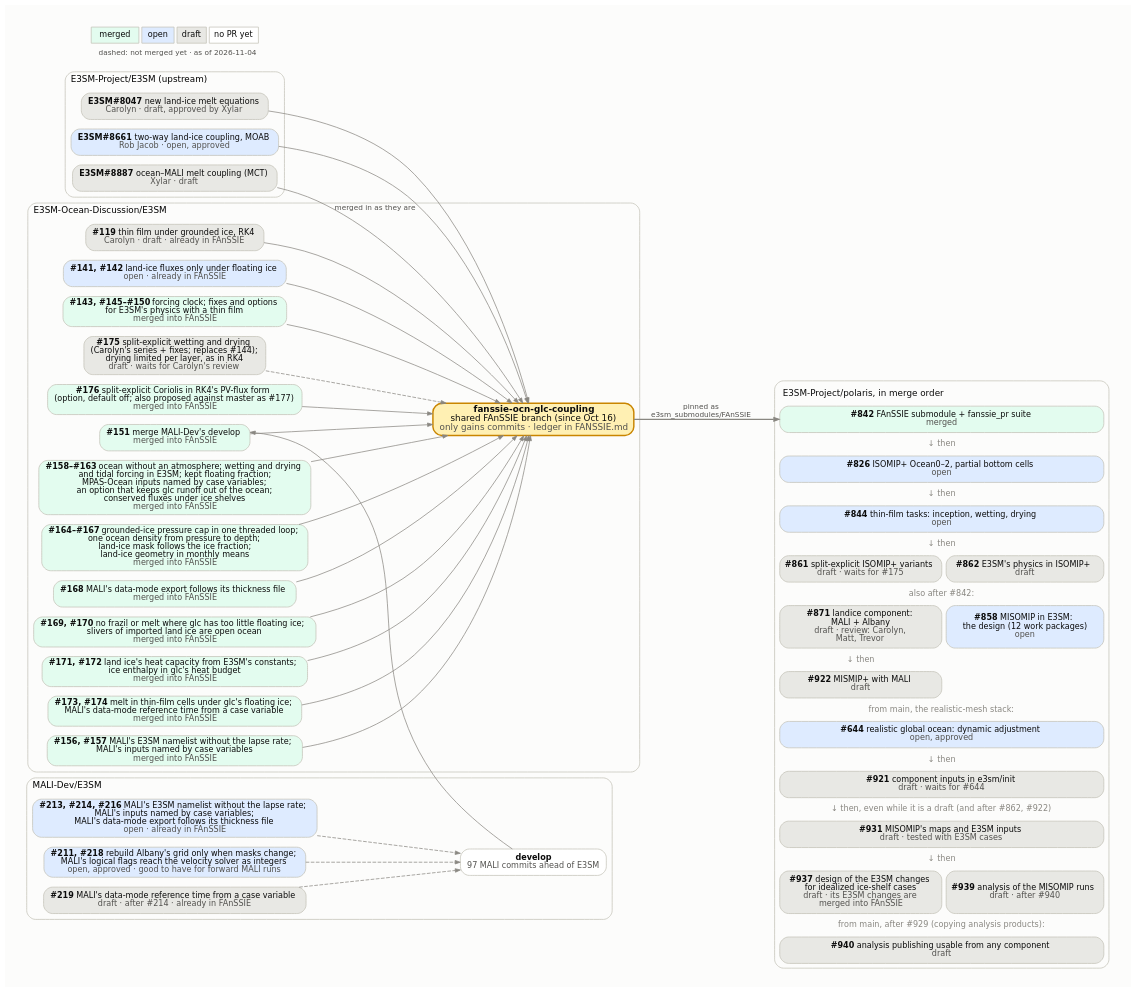
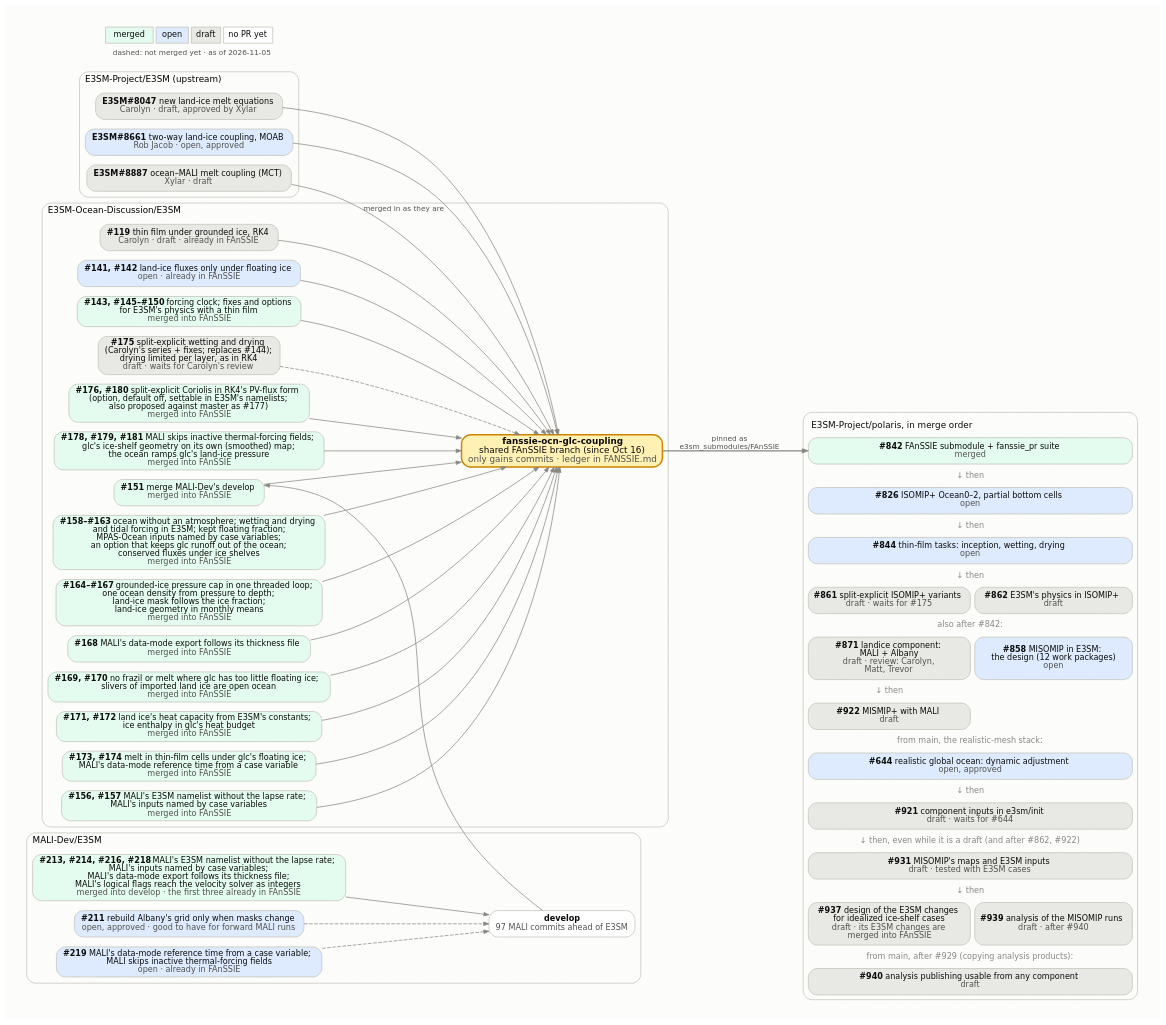
The diagram in docs/design_docs/misomip/code_flow.dot (E3SM-Project/polaris), drawn with Graphviz before and after one commit. The commit also changed 3 other files, not shown here.

```diff
--- a/docs/design_docs/misomip/code_flow.dot
+++ b/docs/design_docs/misomip/code_flow.dot
@@ -1,119 +1,121 @@
 // How the upstream E3SM PRs, the E3SM-Ocean-Discussion PRs, the
 // fanssie-ocn-glc-coupling branch and the Polaris PRs fit together.
 //
 // Regenerate with Graphviz 14 (Chrysalis's /usr/bin/dot 2.40 lays it out
 // wider), with the text drawn as paths so it looks the same everywhere:
 //
 //     pixi exec -s graphviz dot -Tsvg:cairo code_flow.dot -o code_flow.svg
 //
 // Fill by state: merged #e3fcef, open #deebff, draft #e8e8e4, no PR yet
 // #ffffff. Dashed edges into the FAnSSIE branch mark PRs not merged into it
 // yet. The Polaris side is one HTML-table node, in merge order, because
 // Graphviz would not keep separate boxes in that order. Update the date in
 // the legend.
 digraph fanssie {
   rankdir=LR;
   bgcolor="#fcfcfb";
   pad=0.3;
   nodesep=0.18;
   ranksep=0.7;
   fontname="DejaVu Sans";
   node [shape=box, style="rounded,filled", fontname="DejaVu Sans",
         fontsize=11, color="#c3c2b7", fontcolor="#0b0b0b", penwidth=1,
         margin="0.12,0.06"];
   edge [color="#898781", arrowsize=0.7, fontname="DejaVu Sans",
         fontsize=10, fontcolor="#52514e"];
 
   subgraph cluster_upstream {
     label="E3SM-Project/E3SM (upstream)";
     labeljust=l; fontsize=12; color="#c3c2b7"; style="rounded";
     e8047 [label=<<b>E3SM#8047</b>  new land-ice melt equations<br/><font color="#52514e">Carolyn · draft, approved by Xylar</font>>, fillcolor="#e8e8e4"];
     e8661 [label=<<b>E3SM#8661</b>  two-way land-ice coupling, MOAB<br/><font color="#52514e">Rob Jacob · open, approved</font>>, fillcolor="#deebff"];
     e8887 [label=<<b>E3SM#8887</b>  ocean–MALI melt coupling (MCT)<br/><font color="#52514e">Xylar · draft</font>>, fillcolor="#e8e8e4"];
   }
 
   subgraph cluster_malidev {
     label="MALI-Dev/E3SM";
     labeljust=l; fontsize=12; color="#c3c2b7"; style="rounded";
     malidev [label=<<b>develop</b><br/><font color="#52514e">97 MALI commits ahead of E3SM</font>>, fillcolor="#ffffff"];
-    m213 [label=<<b>#213, #214, #216</b>  MALI's E3SM namelist without the lapse rate;<br/>MALI's inputs named by case variables;<br/>MALI's data-mode export follows its thickness file<br/><font color="#52514e">open · already in FAnSSIE</font>>, fillcolor="#deebff"];
-    m211 [label=<<b>#211, #218</b>  rebuild Albany's grid only when masks change;<br/>MALI's logical flags reach the velocity solver as integers<br/><font color="#52514e">open, approved · good to have for forward MALI runs</font>>, fillcolor="#deebff"];
-    m219 [label=<<b>#219</b>  MALI's data-mode reference time from a case variable<br/><font color="#52514e">draft · after #214 · already in FAnSSIE</font>>, fillcolor="#e8e8e4"];
+    m213 [label=<<b>#213, #214, #216, #218</b>  MALI's E3SM namelist without the lapse rate;<br/>MALI's inputs named by case variables;<br/>MALI's data-mode export follows its thickness file;<br/>MALI's logical flags reach the velocity solver as integers<br/><font color="#52514e">merged into develop · the first three already in FAnSSIE</font>>, fillcolor="#e3fcef"];
+    m211 [label=<<b>#211</b>  rebuild Albany's grid only when masks change<br/><font color="#52514e">open, approved · good to have for forward MALI runs</font>>, fillcolor="#deebff"];
+    m219 [label=<<b>#219</b>  MALI's data-mode reference time from a case variable;<br/>MALI skips inactive thermal-forcing fields<br/><font color="#52514e">open · already in FAnSSIE</font>>, fillcolor="#deebff"];
   }
 
   subgraph cluster_eod {
     label="E3SM-Ocean-Discussion/E3SM";
     labeljust=l; fontsize=12; color="#c3c2b7"; style="rounded";
     d119 [label=<<b>#119</b>  thin film under grounded ice, RK4<br/><font color="#52514e">Carolyn · draft · already in FAnSSIE</font>>, fillcolor="#e8e8e4"];
     d141 [label=<<b>#141, #142</b>  land-ice fluxes only under floating ice<br/><font color="#52514e">open · already in FAnSSIE</font>>, fillcolor="#deebff"];
     d143 [label=<<b>#143, #145–#150</b>  forcing clock; fixes and options<br/>for E3SM's physics with a thin film<br/><font color="#52514e">merged into FAnSSIE</font>>, fillcolor="#e3fcef"];
     d175 [label=<<b>#175</b>  split-explicit wetting and drying<br/>(Carolyn's series + fixes; replaces #144);<br/>drying limited per layer, as in RK4<br/><font color="#52514e">draft · waits for Carolyn's review</font>>, fillcolor="#e8e8e4"];
-    d176 [label=<<b>#176</b>  split-explicit Coriolis in RK4's PV-flux form<br/>(option, default off; also proposed against master as #177)<br/><font color="#52514e">merged into FAnSSIE</font>>, fillcolor="#e3fcef"];
+    d176 [label=<<b>#176, #180</b>  split-explicit Coriolis in RK4's PV-flux form<br/>(option, default off, settable in E3SM's namelists;<br/>also proposed against master as #177)<br/><font color="#52514e">merged into FAnSSIE</font>>, fillcolor="#e3fcef"];
+    d178 [label=<<b>#178, #179, #181</b>  MALI skips inactive thermal-forcing fields;<br/>glc's ice-shelf geometry on its own (smoothed) map;<br/>the ocean ramps glc's land-ice pressure<br/><font color="#52514e">merged into FAnSSIE</font>>, fillcolor="#e3fcef"];
     d151 [label=<<b>#151</b>  merge MALI-Dev's develop<br/><font color="#52514e">merged into FAnSSIE</font>>, fillcolor="#e3fcef"];
     d158 [label=<<b>#158–#163</b>  ocean without an atmosphere; wetting and drying<br/>and tidal forcing in E3SM; kept floating fraction;<br/>MPAS-Ocean inputs named by case variables;<br/>an option that keeps glc runoff out of the ocean;<br/>conserved fluxes under ice shelves<br/><font color="#52514e">merged into FAnSSIE</font>>, fillcolor="#e3fcef"];
     d164 [label=<<b>#164–#167</b>  grounded-ice pressure cap in one threaded loop;<br/>one ocean density from pressure to depth;<br/>land-ice mask follows the ice fraction;<br/>land-ice geometry in monthly means<br/><font color="#52514e">merged into FAnSSIE</font>>, fillcolor="#e3fcef"];
     d168 [label=<<b>#168</b>  MALI's data-mode export follows its thickness file<br/><font color="#52514e">merged into FAnSSIE</font>>, fillcolor="#e3fcef"];
     d169 [label=<<b>#169, #170</b>  no frazil or melt where glc has too little floating ice;<br/>slivers of imported land ice are open ocean<br/><font color="#52514e">merged into FAnSSIE</font>>, fillcolor="#e3fcef"];
     d171 [label=<<b>#171, #172</b>  land ice's heat capacity from E3SM's constants;<br/>ice enthalpy in glc's heat budget<br/><font color="#52514e">merged into FAnSSIE</font>>, fillcolor="#e3fcef"];
     d173 [label=<<b>#173, #174</b>  melt in thin-film cells under glc's floating ice;<br/>MALI's data-mode reference time from a case variable<br/><font color="#52514e">merged into FAnSSIE</font>>, fillcolor="#e3fcef"];
     d156 [label=<<b>#156, #157</b>  MALI's E3SM namelist without the lapse rate;<br/>MALI's inputs named by case variables<br/><font color="#52514e">merged into FAnSSIE</font>>, fillcolor="#e3fcef"];
     fanssie [label=<<b>fanssie-ocn-glc-coupling</b><br/>shared FAnSSIE branch (since Oct 16)<br/><font color="#52514e">only gains commits · ledger in FANSSIE.md</font>>,
              fillcolor="#fff0b3", penwidth=2, color="#c98500", fontsize=12];
   }
 
   polaris [shape=plaintext, style="", label=<
     <table border="1" color="#c3c2b7" style="rounded" cellborder="1" cellspacing="6" cellpadding="4" bgcolor="#fcfcfb">
       <tr><td border="0" colspan="2" align="left"><font point-size="12">E3SM-Project/polaris, in merge order</font></td></tr>
       <tr><td port="p842" bgcolor="#e3fcef" colspan="2" style="rounded" cellpadding="6"><b>#842</b>  FAnSSIE submodule + fanssie_pr suite<br/><font color="#52514e">merged</font></td></tr>
       <tr><td border="0" colspan="2"><font color="#898781">↓ then</font></td></tr>
       <tr><td port="p826" bgcolor="#deebff" colspan="2" style="rounded" cellpadding="6"><b>#826</b>  ISOMIP+ Ocean0–2, partial bottom cells<br/><font color="#52514e">open</font></td></tr>
       <tr><td border="0" colspan="2"><font color="#898781">↓ then</font></td></tr>
       <tr><td port="p844" bgcolor="#deebff" colspan="2" style="rounded" cellpadding="6"><b>#844</b>  thin-film tasks: inception, wetting, drying<br/><font color="#52514e">open</font></td></tr>
       <tr><td border="0" colspan="2"><font color="#898781">↓ then</font></td></tr>
       <tr><td port="p861" bgcolor="#e8e8e4" colspan="1" style="rounded" cellpadding="6"><b>#861</b>  split-explicit ISOMIP+ variants<br/><font color="#52514e">draft · waits for #175</font></td><td port="p862" bgcolor="#e8e8e4" colspan="1" style="rounded" cellpadding="6"><b>#862</b>  E3SM's physics in ISOMIP+<br/><font color="#52514e">draft</font></td></tr>
       <tr><td border="0" colspan="2"><font color="#898781">also after #842:</font></td></tr>
       <tr><td port="p871" bgcolor="#e8e8e4" colspan="1" style="rounded" cellpadding="6"><b>#871</b>  landice component:<br/>MALI + Albany<br/><font color="#52514e">draft · review: Carolyn,<br/>Matt, Trevor</font></td><td port="p858" bgcolor="#deebff" colspan="1" style="rounded" cellpadding="6"><b>#858</b>  MISOMIP in E3SM:<br/>the design (12 work packages)<br/><font color="#52514e">open</font></td></tr>
       <tr><td border="0" colspan="1"><font color="#898781">↓ then</font></td><td border="0" colspan="1"></td></tr>
       <tr><td port="p922" bgcolor="#e8e8e4" colspan="1" style="rounded" cellpadding="6"><b>#922</b>  MISMIP+ with MALI<br/><font color="#52514e">draft</font></td><td border="0" colspan="1"></td></tr>
       <tr><td border="0" colspan="2"><font color="#898781">from main, the realistic-mesh stack:</font></td></tr>
       <tr><td port="p644" bgcolor="#deebff" colspan="2" style="rounded" cellpadding="6"><b>#644</b>  realistic global ocean: dynamic adjustment<br/><font color="#52514e">open, approved</font></td></tr>
       <tr><td border="0" colspan="2"><font color="#898781">↓ then</font></td></tr>
       <tr><td port="p921" bgcolor="#e8e8e4" colspan="2" style="rounded" cellpadding="6"><b>#921</b>  component inputs in e3sm/init<br/><font color="#52514e">draft · waits for #644</font></td></tr>
       <tr><td border="0" colspan="2"><font color="#898781">↓ then, even while it is a draft (and after #862, #922)</font></td></tr>
       <tr><td port="pwp56" bgcolor="#e8e8e4" colspan="2" style="rounded" cellpadding="6"><b>#931</b>  MISOMIP's maps and E3SM inputs<br/><font color="#52514e">draft · tested with E3SM cases</font></td></tr>
       <tr><td border="0" colspan="2"><font color="#898781">↓ then</font></td></tr>
       <tr><td port="pwp7" bgcolor="#e8e8e4" colspan="1" style="rounded" cellpadding="6"><b>#937</b>  design of the E3SM changes<br/>for idealized ice-shelf cases<br/><font color="#52514e">draft · its E3SM changes are<br/>merged into FAnSSIE</font></td><td port="pwp9" bgcolor="#e8e8e4" colspan="1" style="rounded" cellpadding="6"><b>#939</b>  analysis of the MISOMIP runs<br/><font color="#52514e">draft · after #940</font></td></tr>
       <tr><td border="0" colspan="2"><font color="#898781">from main, after #929 (copying analysis products):</font></td></tr>
       <tr><td port="p940" bgcolor="#e8e8e4" colspan="2" style="rounded" cellpadding="6"><b>#940</b>  analysis publishing usable from any component<br/><font color="#52514e">draft</font></td></tr>
     </table>>];
 
   e8047 -> fanssie;
   e8661 -> fanssie;
   e8887 -> fanssie [label="merged in as they are"];
   d119 -> fanssie;
   d141 -> fanssie;
   d143 -> fanssie;
   d175 -> fanssie [style=dashed];
   m211 -> malidev [style=dashed];
-  m213 -> malidev [style=dashed];
+  m213 -> malidev;
   m219 -> malidev [style=dashed];
   d156 -> fanssie;
   d158 -> fanssie;
   d164 -> fanssie;
   d168 -> fanssie;
   d169 -> fanssie;
   d171 -> fanssie;
   d173 -> fanssie;
   d176 -> fanssie;
+  d178 -> fanssie;
   malidev -> d151 [constraint=false];
   d151 -> fanssie;
 
   fanssie -> polaris:p842 [label="pinned as
 e3sm_submodules/FAnSSIE", penwidth=1.5];
 
   legend [shape=plaintext, style="", label=<
     <table border="0" cellborder="1" cellspacing="4" cellpadding="4" color="#c3c2b7">
       <tr><td bgcolor="#e3fcef">merged</td><td bgcolor="#deebff">open</td><td bgcolor="#e8e8e4">draft</td><td bgcolor="#ffffff">no PR yet</td></tr>
-      <tr><td colspan="4" border="0"><font point-size="10" color="#52514e">dashed: not merged yet · as of 2026-11-04</font></td></tr>
+      <tr><td colspan="4" border="0"><font point-size="10" color="#52514e">dashed: not merged yet · as of 2026-11-05</font></td></tr>
     </table>>];
 }
```
